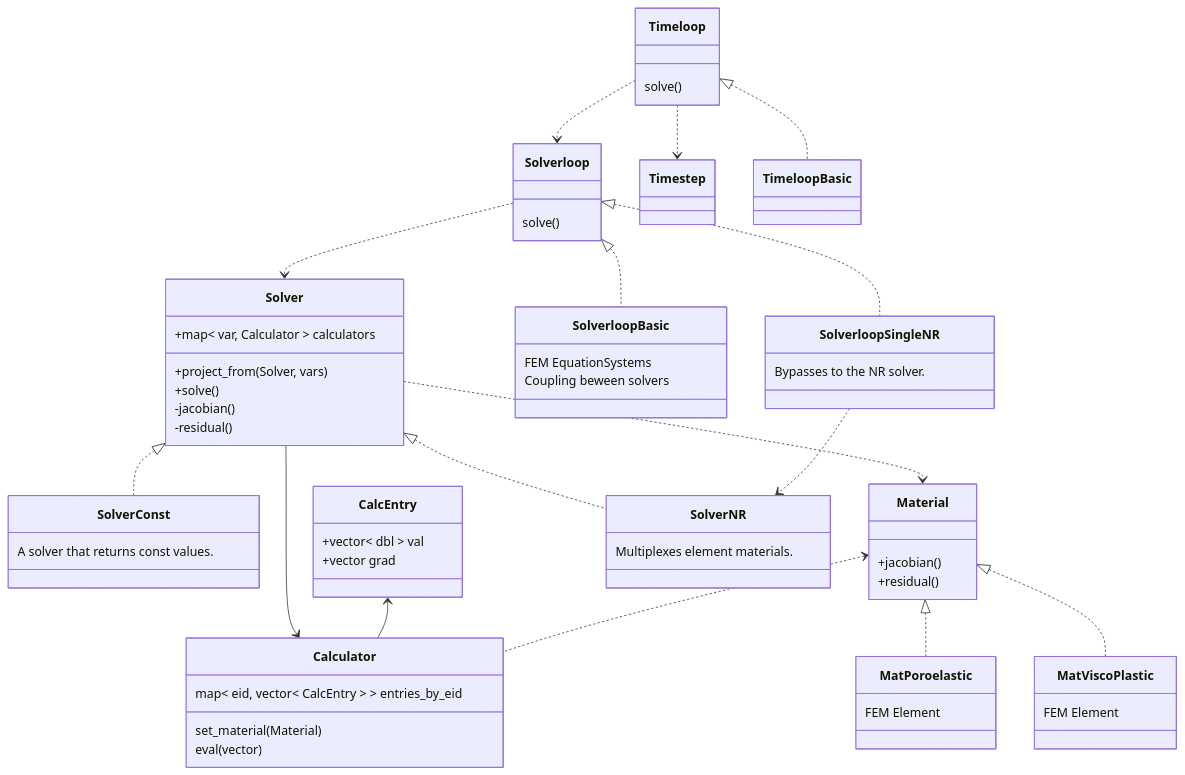
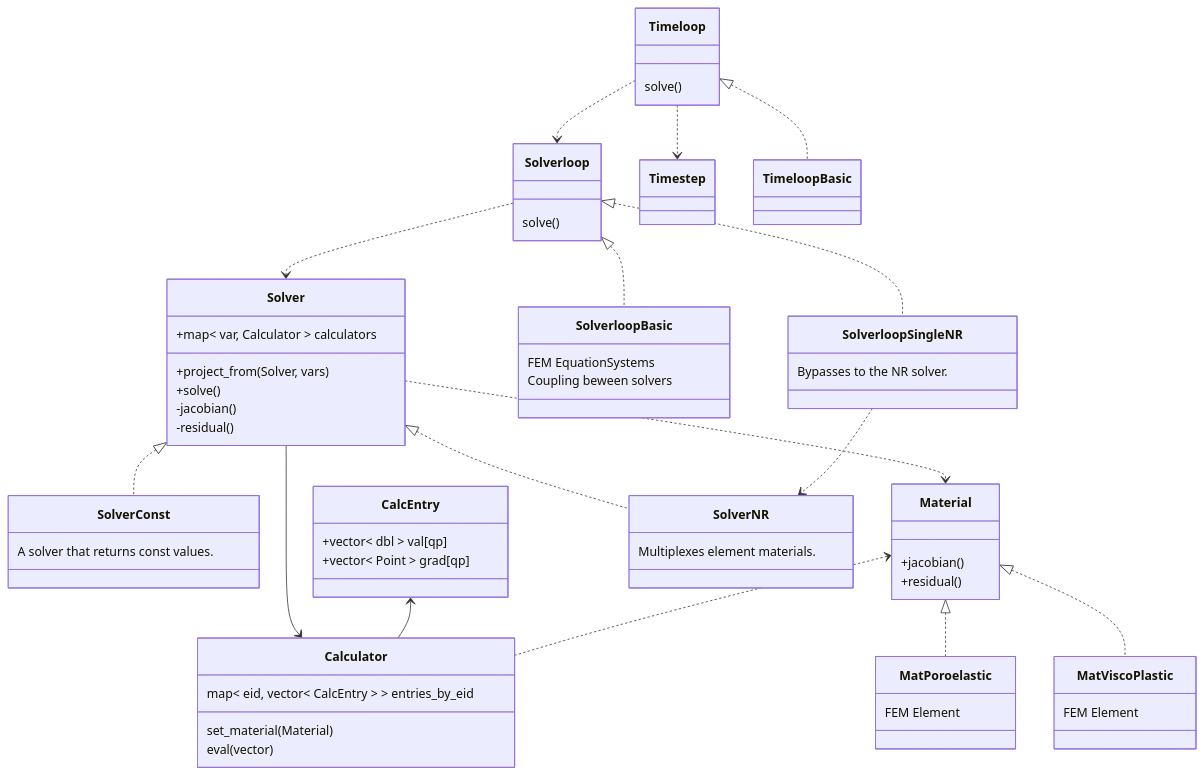
Before and after one commit to rebpoli/harpy: the diagram in include/README.md, drawn with Mermaid.

```diff
--- a/include/README.md
+++ b/include/README.md
@@ -41,8 +41,8 @@
     }
 
     class CalcEntry {
-        +vector< dbl > val
-        +vector<Point> grad
+        +vector< dbl > val[qp]
+        +vector< Point > grad[qp]
     }
     class Calculator {
         map< eid, vector< CalcEntry > > entries_by_eid
```
